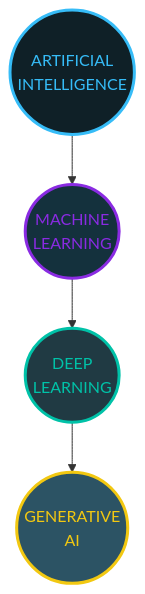
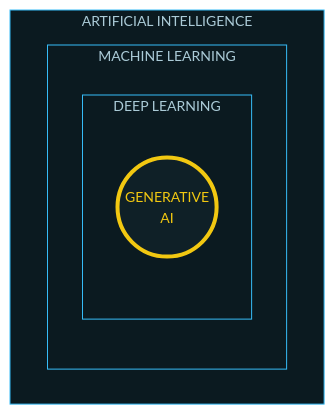
One commit to NEERAJSINGHDANU07/NEERAJSINGHDANU07 changed the fourth of 6 diagrams in README.md. Above: the diagram before and after it, drawn with Mermaid. The commit also changed other lines of this file, not shown here.

````diff
--- a/README.md
+++ b/README.md
@@ -388,11 +618,13 @@
 ```mermaid
-graph TD
-    A(("ARTIFICIAL<br/>INTELLIGENCE")) --> B(("MACHINE<br/>LEARNING"))
-    B --> C(("DEEP<br/>LEARNING"))
-    C --> D(("GENERATIVE<br/>AI"))
+%%{init: {'theme':'base','themeVariables':{'fontFamily':'Fira Code, monospace','fontSize':'14px','primaryColor':'#203A43','primaryTextColor':'#FFFFFF','primaryBorderColor':'#36BCF7','lineColor':'#8A2BE2','clusterBkg':'#0B1A20','clusterBorder':'#36BCF7'}}}%%
+flowchart TD
+    subgraph AI["ARTIFICIAL INTELLIGENCE"]
+        subgraph ML["MACHINE LEARNING"]
+            subgraph DL["DEEP LEARNING"]
+                GEN(("GENERATIVE<br/>AI"))
+            end
+        end
+    end
 
-    style A fill:#0F2027,stroke:#36BCF7,stroke-width:3px,color:#36BCF7
-    style B fill:#14313d,stroke:#8A2BE2,stroke-width:3px,color:#8A2BE2
-    style C fill:#203A43,stroke:#00C2A8,stroke-width:3px,color:#00C2A8
-    style D fill:#2C5364,stroke:#F2C811,stroke-width:3px,color:#F2C811
+    style GEN fill:#0F2027,stroke:#F2C811,stroke-width:4px,color:#F2C811
 ```
````
